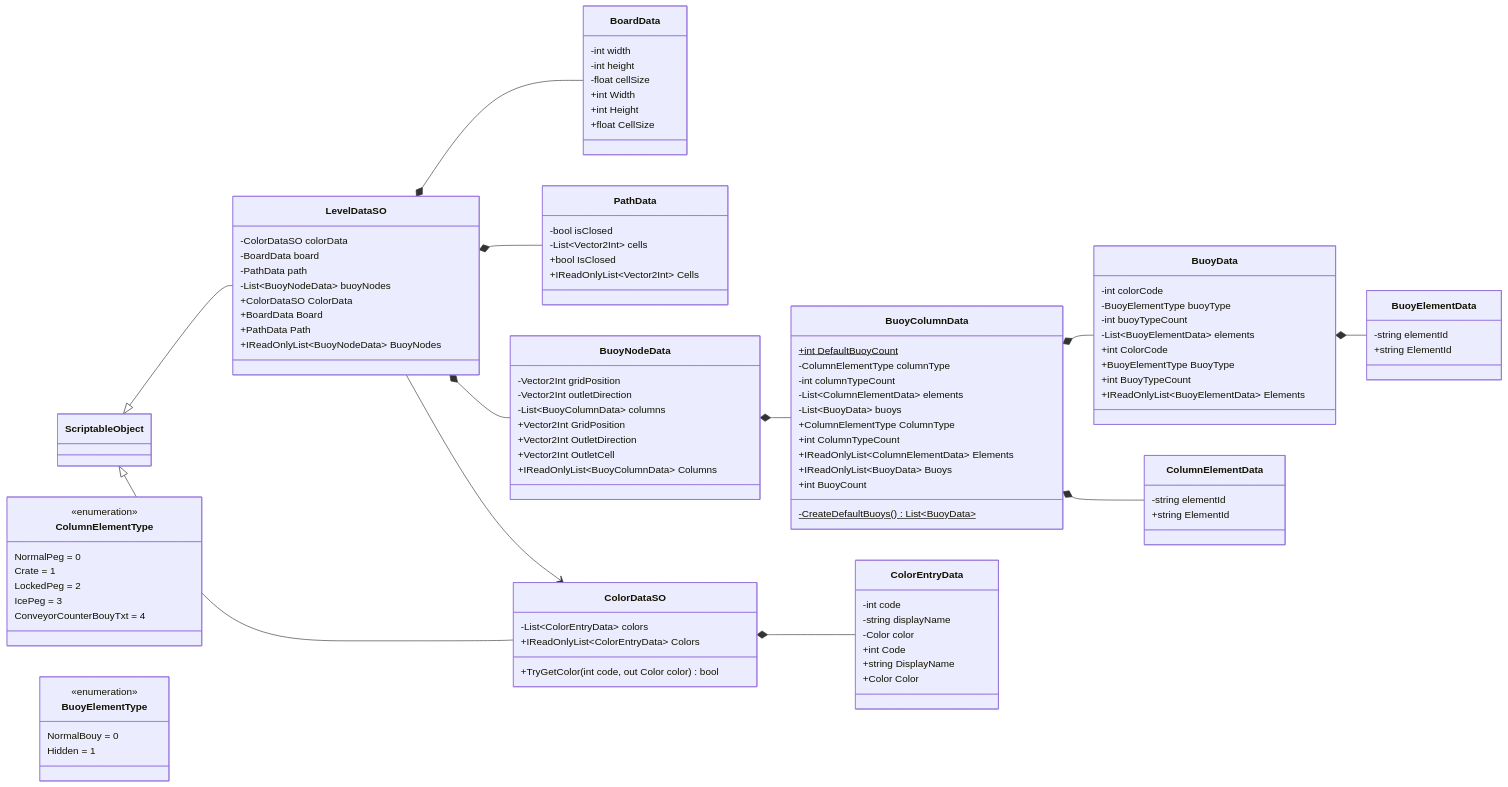
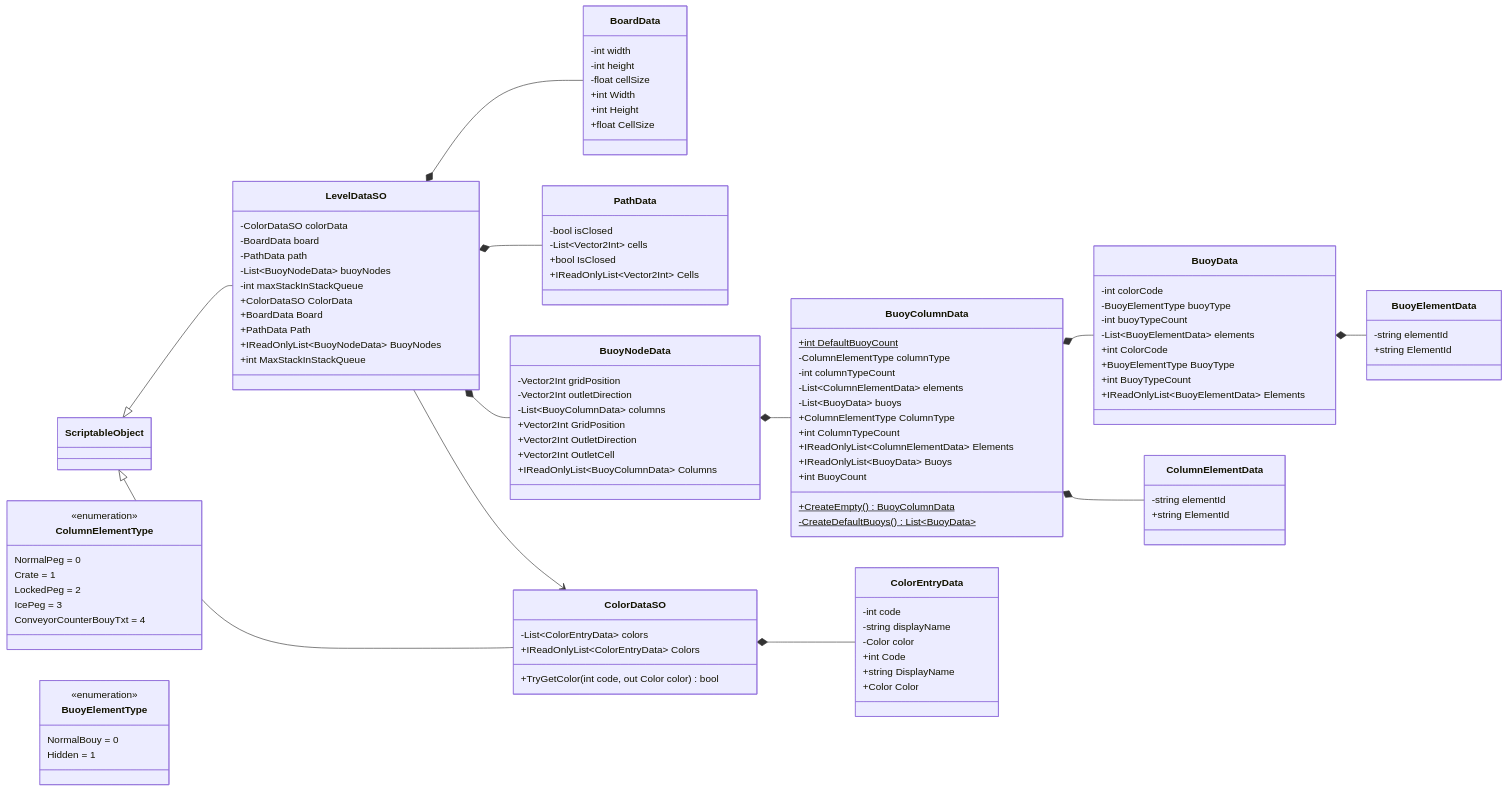
The diagram in Docs/ClassDiagram-Data.mmd (nchuoi2443/WaterConveyorSort), drawn with Mermaid before and after one commit. The commit also changed 34 other files, not shown here.

```diff
--- a/Docs/ClassDiagram-Data.mmd
+++ b/Docs/ClassDiagram-Data.mmd
@@ -1,103 +1,106 @@
 classDiagram
 direction LR
 class LevelDataSO {
     -ColorDataSO colorData
     -BoardData board
     -PathData path
     -List~BuoyNodeData~ buoyNodes
+    -int maxStackInStackQueue
     +ColorDataSO ColorData
     +BoardData Board
     +PathData Path
     +IReadOnlyList~BuoyNodeData~ BuoyNodes
+    +int MaxStackInStackQueue
 }
 ScriptableObject <|-- LevelDataSO
 class BoardData {
     -int width
     -int height
     -float cellSize
     +int Width
     +int Height
     +float CellSize
 }
 class PathData {
     -bool isClosed
     -List~Vector2Int~ cells
     +bool IsClosed
     +IReadOnlyList~Vector2Int~ Cells
 }
 class BuoyNodeData {
     -Vector2Int gridPosition
     -Vector2Int outletDirection
     -List~BuoyColumnData~ columns
     +Vector2Int GridPosition
     +Vector2Int OutletDirection
     +Vector2Int OutletCell
     +IReadOnlyList~BuoyColumnData~ Columns
 }
 class BuoyColumnData {
     +int DefaultBuoyCount$
     -ColumnElementType columnType
     -int columnTypeCount
     -List~ColumnElementData~ elements
     -List~BuoyData~ buoys
     +ColumnElementType ColumnType
     +int ColumnTypeCount
     +IReadOnlyList~ColumnElementData~ Elements
     +IReadOnlyList~BuoyData~ Buoys
     +int BuoyCount
+    +CreateEmpty() BuoyColumnData$
     -CreateDefaultBuoys() List~BuoyData~$
 }
 class BuoyData {
     -int colorCode
     -BuoyElementType buoyType
     -int buoyTypeCount
     -List~BuoyElementData~ elements
     +int ColorCode
     +BuoyElementType BuoyType
     +int BuoyTypeCount
     +IReadOnlyList~BuoyElementData~ Elements
 }
 class ColumnElementData {
     -string elementId
     +string ElementId
 }
 class BuoyElementData {
     -string elementId
     +string ElementId
 }
 class ColorDataSO {
     -List~ColorEntryData~ colors
     +IReadOnlyList~ColorEntryData~ Colors
     +TryGetColor(int code, out Color color) bool
 }
 ScriptableObject <|-- ColorDataSO
 class ColorEntryData {
     -int code
     -string displayName
     -Color color
     +int Code
     +string DisplayName
     +Color Color
 }
 class ColumnElementType {
     <<enumeration>>
     NormalPeg = 0
     Crate = 1
     LockedPeg = 2
     IcePeg = 3
     ConveyorCounterBouyTxt = 4
 }
 class BuoyElementType {
     <<enumeration>>
     NormalBouy = 0
     Hidden = 1
 }
 LevelDataSO *-- BoardData
 LevelDataSO *-- PathData
 LevelDataSO *-- BuoyNodeData
 LevelDataSO --> ColorDataSO
 BuoyNodeData *-- BuoyColumnData
 BuoyColumnData *-- BuoyData
 BuoyColumnData *-- ColumnElementData
 BuoyData *-- BuoyElementData
 ColorDataSO *-- ColorEntryData
```
